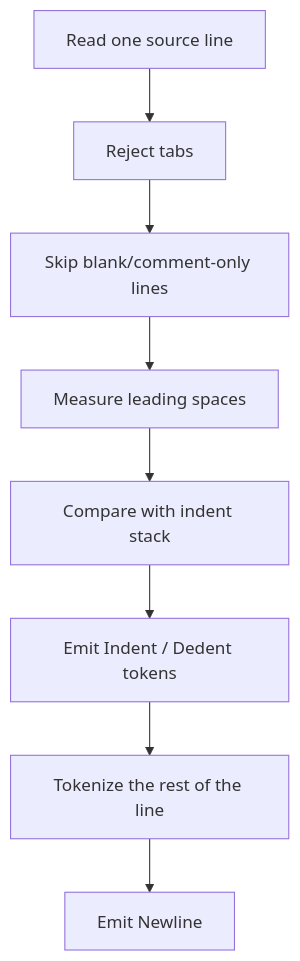
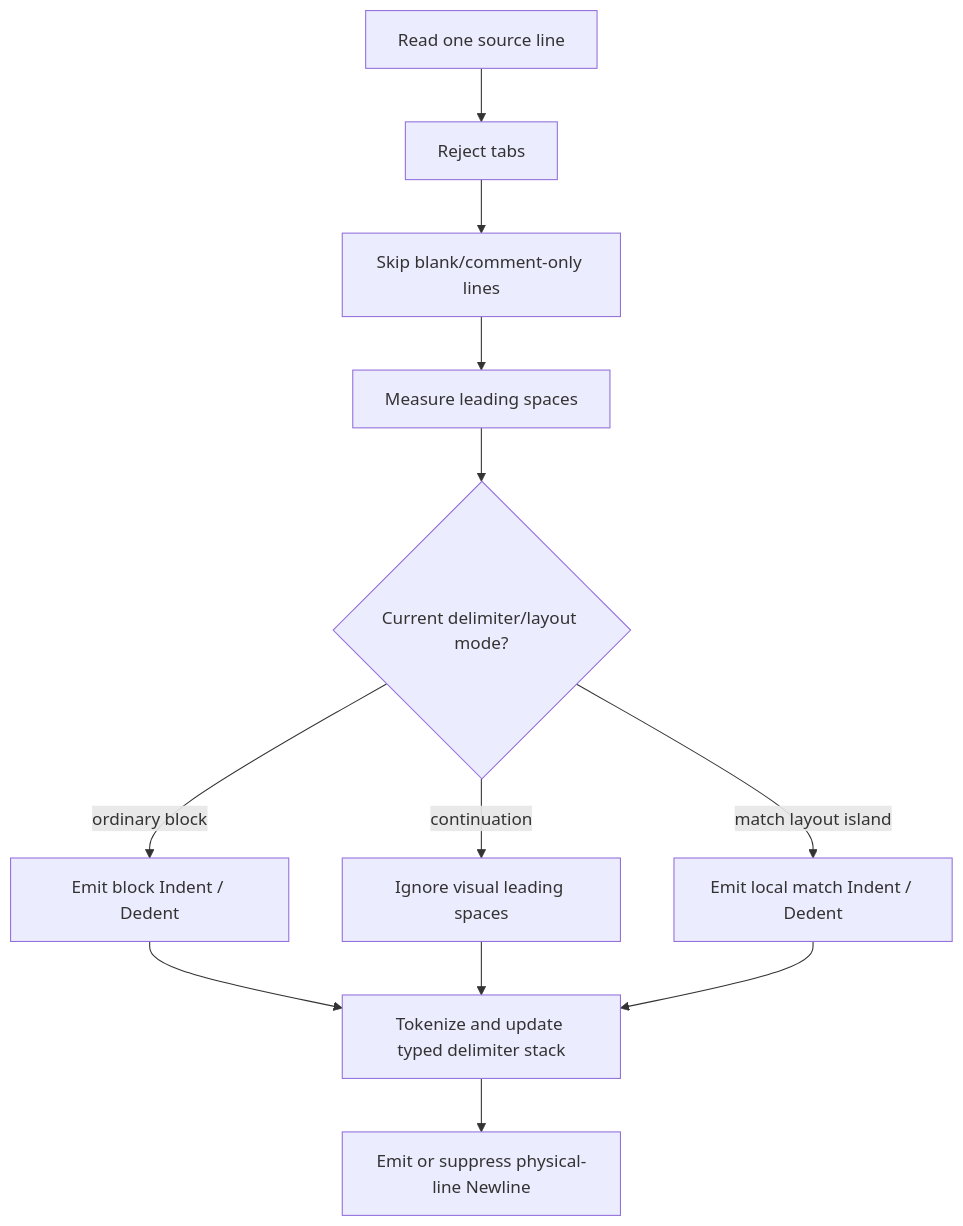
The diagram in architecture_docs/03-lexer.md (johnolafenwa/Aura), drawn with Mermaid before and after one commit. The commit also changed other lines of this file and 43 other files, not shown here.

Commit message:
feat: add delimiter newline continuation

````diff
--- a/architecture_docs/03-lexer.md
+++ b/architecture_docs/03-lexer.md
@@ -45,10 +48,14 @@
 ```mermaid
 flowchart TD
     A["Read one source line"] --> B["Reject tabs"]
     B --> C["Skip blank/comment-only lines"]
     C --> D["Measure leading spaces"]
-    D --> E["Compare with indent stack"]
-    E --> F["Emit Indent / Dedent tokens"]
-    F --> G["Tokenize the rest of the line"]
-    G --> H["Emit Newline"]
+    D --> E{"Current delimiter/layout mode?"}
+    E -->|"ordinary block"| F["Emit block Indent / Dedent"]
+    E -->|"continuation"| G["Ignore visual leading spaces"]
+    E -->|"match layout island"| H["Emit local match Indent / Dedent"]
+    F --> I["Tokenize and update typed delimiter stack"]
+    G --> I
+    H --> I
+    I --> J["Emit or suppress physical-line Newline"]
 ```
````
